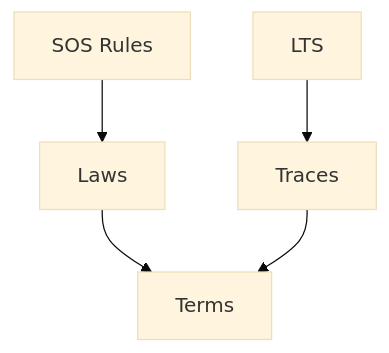
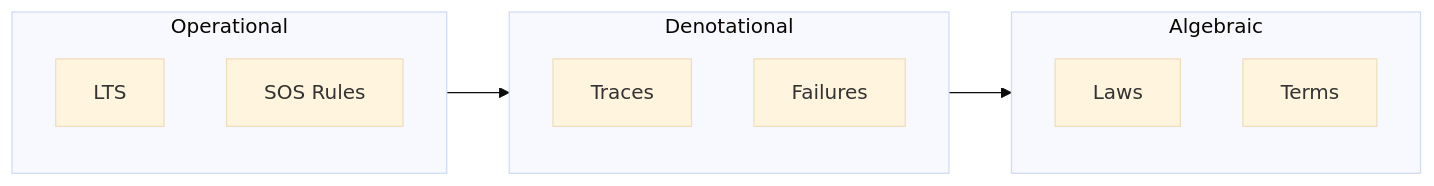
One commit to yshaaban/pa changed the seventh of 9 diagrams in process-algebra-verifier/docs/theory.md. Above: the diagram before and after it, drawn with Mermaid (base theme). The commit also changed other lines of this file, not shown here.

First line of the commit message:
fix: further improve theory.md mermaid diagrams

````diff
--- a/process-algebra-verifier/docs/theory.md
+++ b/process-algebra-verifier/docs/theory.md
@@ -164,13 +183,19 @@
 ```mermaid
-graph TB
-    LTS[LTS]
-    SOS[SOS Rules]
-    Trace[Traces]
-    Law[Laws]
-    Term[Terms]
+graph LR
+    subgraph Operational[Operational]
+        LTS[LTS]
+        SOS[SOS Rules]
+    end
 
-    LTS --> Trace
-    SOS --> Law
-    Law --> Term
-    Trace --> Term
+    subgraph Denotational[Denotational]
+        Trace[Traces]
+        Fail[Failures]
+    end
+
+    subgraph Algebraic[Algebraic]
+        Law[Laws]
+        Term[Terms]
+    end
+
+    Operational --> Denotational --> Algebraic
 ```
````
